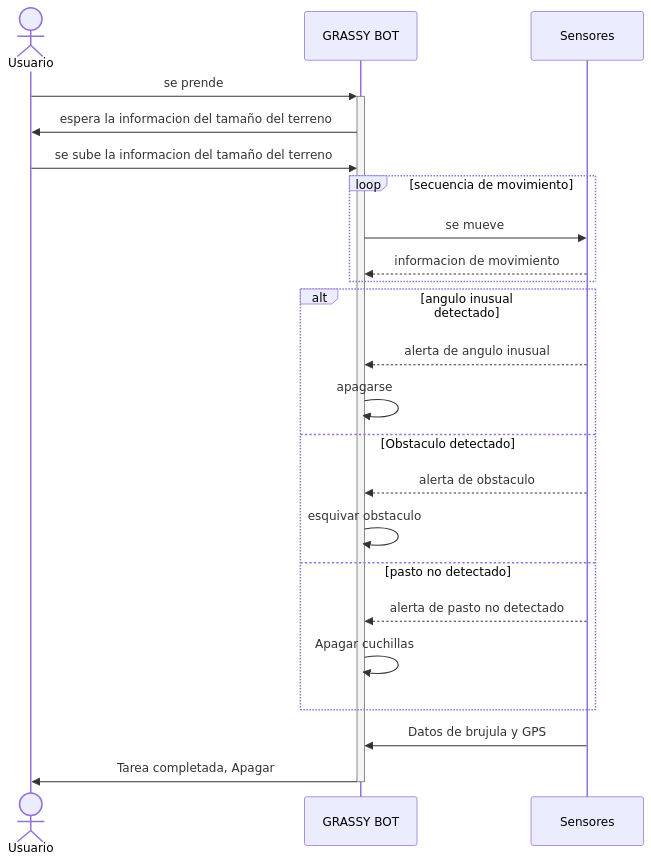
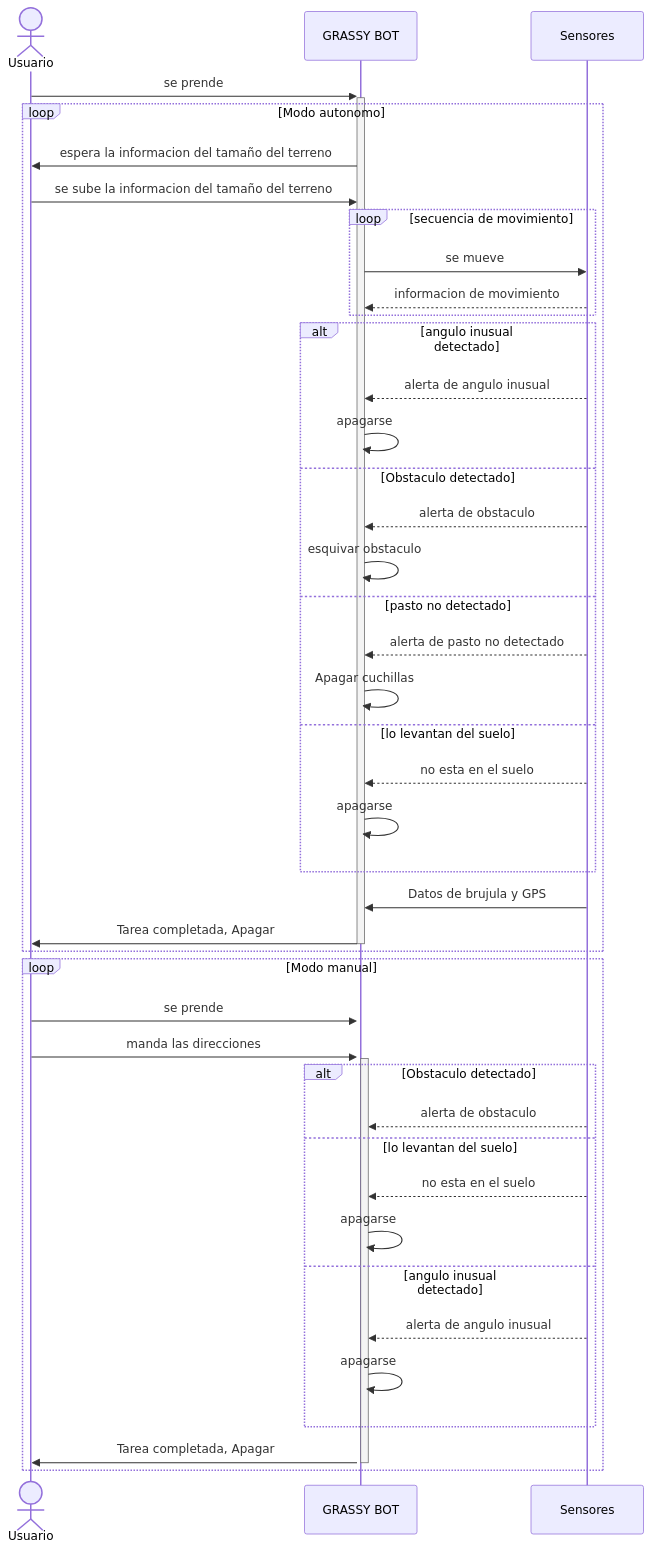
The diagram in DOCUMENTOS/DIAGRAMA_SECUENCIA/DIAGRAMA_SECUENCIA_GRASSY_BOT.mmd (proyectoitsv/2025_Grassy_Bot), drawn with Mermaid before and after one commit.

Commit message:
actualizacion

```diff
--- a/DOCUMENTOS/DIAGRAMA_SECUENCIA/DIAGRAMA_SECUENCIA_GRASSY_BOT.mmd
+++ b/DOCUMENTOS/DIAGRAMA_SECUENCIA/DIAGRAMA_SECUENCIA_GRASSY_BOT.mmd
@@ -1,24 +1,44 @@
 sequenceDiagram
   actor User as Usuario
   participant Mower as GRASSY BOT
   participant Sensors as Sensores
 
   User ->>+ Mower: se prende
-  Mower ->> User: espera la informacion del tamaño del terreno
-  User ->> Mower: se sube la informacion del tamaño del terreno
-  loop secuencia de movimiento
-    Mower ->> Sensors: se mueve
-    Sensors -->> Mower: informacion de movimiento
+  loop Modo autonomo
+      
+   Mower ->> User: espera la informacion del tamaño del terreno
+   User ->> Mower: se sube la informacion del tamaño del terreno
+   loop secuencia de movimiento
+     Mower ->> Sensors: se mueve
+     Sensors -->> Mower: informacion de movimiento
+   end
+   alt angulo inusual detectado
+     Sensors -->> Mower: alerta de angulo inusual
+     Mower ->> Mower: apagarse
+   else Obstaculo detectado
+     Sensors -->> Mower: alerta de obstaculo
+     Mower ->> Mower: esquivar obstaculo
+   else pasto no detectado
+     Sensors -->> Mower: alerta de pasto no detectado
+     Mower ->> Mower: Apagar cuchillas
+   else lo levantan del suelo 
+     Sensors -->> Mower: no esta en el suelo
+     Mower ->> Mower: apagarse
+   end
+   Sensors ->> Mower: Datos de brujula y GPS
+   Mower ->>- User: Tarea completada, Apagar
   end
-  alt angulo inusual detectado
-    Sensors -->> Mower: alerta de angulo inusual
-    Mower ->> Mower: apagarse
-  else Obstaculo detectado
-    Sensors -->> Mower: alerta de obstaculo
-    Mower ->> Mower: esquivar obstaculo
-  else pasto no detectado
-    Sensors -->> Mower: alerta de pasto no detectado
-    Mower ->> Mower: Apagar cuchillas
+ loop Modo manual
+   User ->>+ Mower: se prende
+   User ->>+ Mower: manda las direcciones
+   alt Obstaculo detectado
+     Sensors -->> Mower: alerta de obstaculo
+    else lo levantan del suelo 
+     Sensors -->> Mower: no esta en el suelo
+     Mower ->> Mower: apagarse
+    else angulo inusual detectado
+     Sensors -->> Mower: alerta de angulo inusual
+     Mower ->> Mower: apagarse
+   end 
+   Mower ->>- User: Tarea completada, Apagar
   end
-  Sensors ->> Mower: Datos de brujula y GPS
-  Mower ->>- User: Tarea completada, Apagar
```
